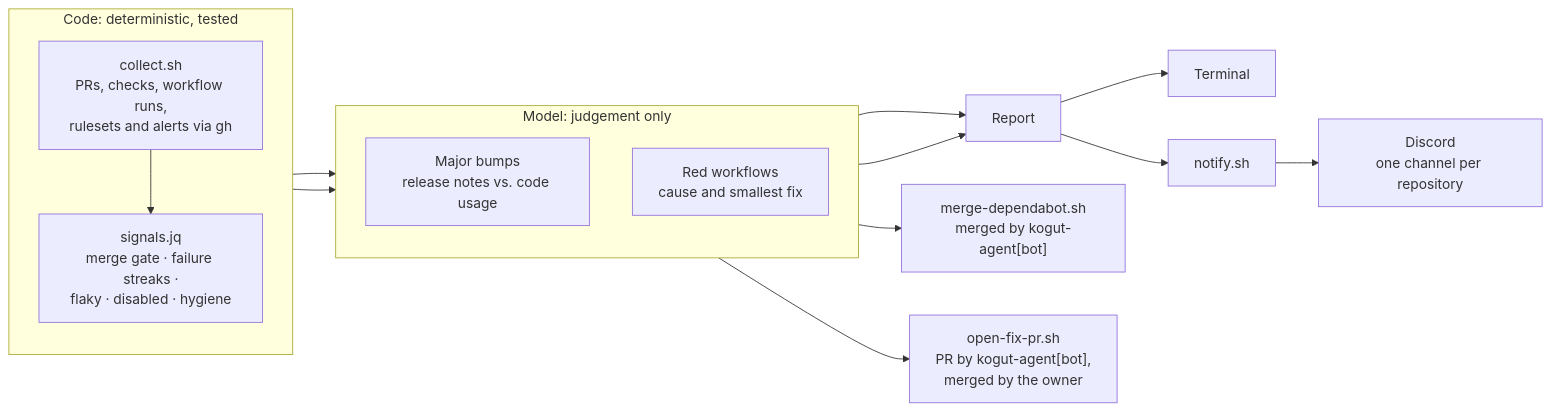
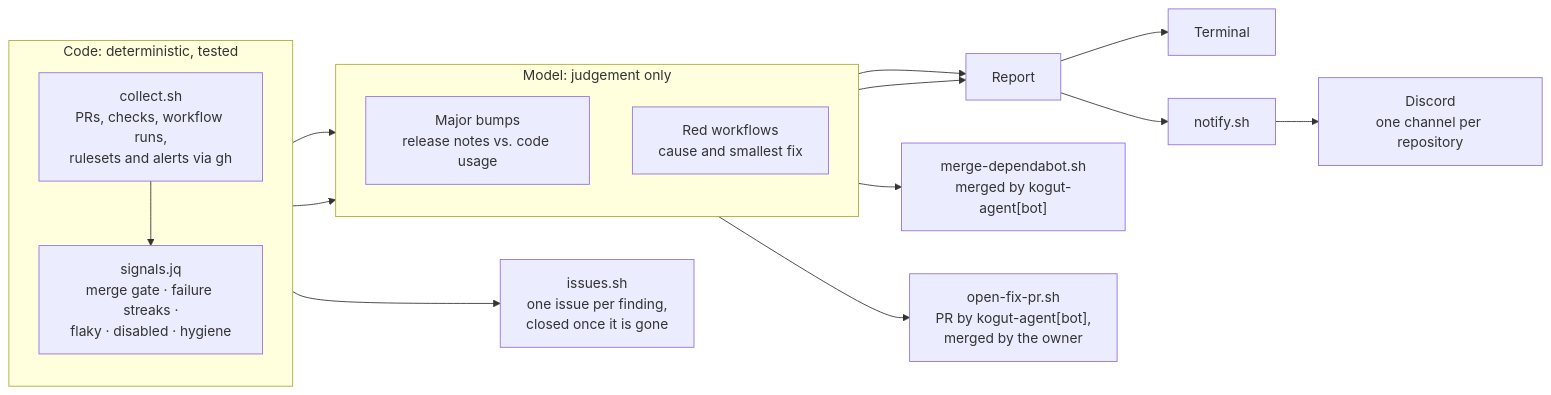
Before and after one commit to AKogut/ai-agentic-workflow: the diagram in README.md, drawn with Mermaid. The commit also changed other lines of this file and 12 other files, not shown here.

First line of the commit message:
feat: track every finding as an issue that kogut keeps up to date (#7)

````diff
--- a/README.md
+++ b/README.md
@@ -37,20 +37,21 @@
 ```mermaid
 flowchart LR
   subgraph det["Code: deterministic, tested"]
     direction TB
     collect["collect.sh<br/>PRs, checks, workflow runs,<br/>rulesets and alerts via gh"]
     signals["signals.jq<br/>merge gate · failure streaks ·<br/>flaky · disabled · hygiene"]
     collect --> signals
   end
   subgraph judge["Model: judgement only"]
     direction TB
     majors["Major bumps<br/>release notes vs. code usage"]
     ci["Red workflows<br/>cause and smallest fix"]
   end
   signals --> majors & ci
   majors & ci --> report["Report"]
   report --> terminal["Terminal"]
   report --> notify["notify.sh"] --> discord["Discord<br/>one channel per repository"]
   majors --> merge["merge-dependabot.sh<br/>merged by kogut-agent[bot]"]
+  signals --> issues["issues.sh<br/>one issue per finding,<br/>closed once it is gone"]
   ci --> fix["open-fix-pr.sh<br/>PR by kogut-agent[bot],<br/>merged by the owner"]
 ```
````
